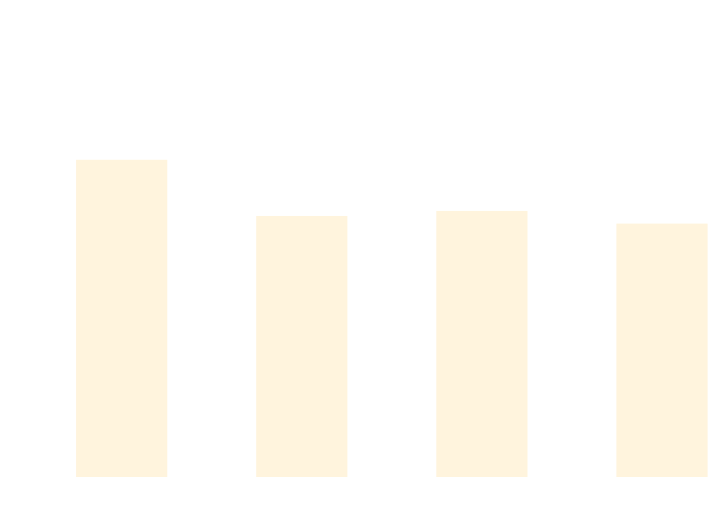
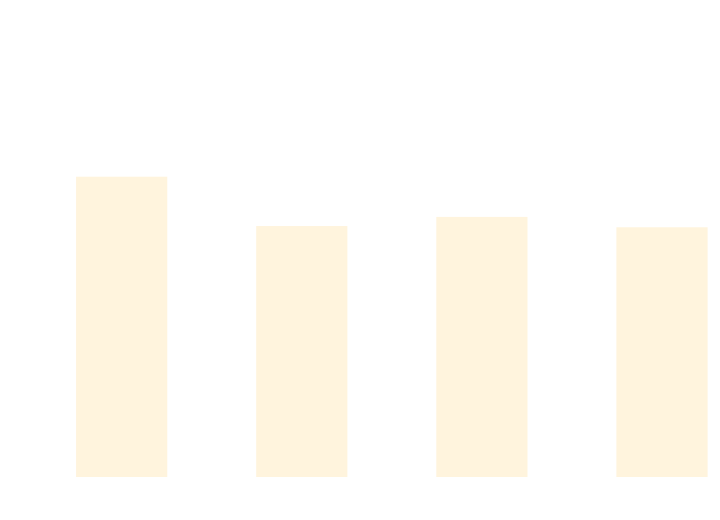
One commit to thomhurst/TUnit changed the diagram in docs/docs/benchmarks/BuildTime.md. Above: the diagram before and after it, drawn with Mermaid. The commit also changed other lines of this file and 17 other files, not shown here.

````diff
--- a/docs/docs/benchmarks/BuildTime.md
+++ b/docs/docs/benchmarks/BuildTime.md
@@ -28,37 +28,37 @@
 ```mermaid
 %%{init: {
   'theme':'base',
   'themeVariables': {
     'primaryColor': '#2563eb',
     'primaryTextColor': '#ffffff',
     'primaryBorderColor': '#1e40af',
     'lineColor': '#6b7280',
     'secondaryColor': '#7c3aed',
     'tertiaryColor': '#dc2626',
     'background': '#ffffff',
     'mainBkg': '#2563eb',
     'secondBkg': '#7c3aed',
     'tertiaryBkg': '#dc2626',
     'clusterBkg': '#f3f4f6',
     'edgeLabelBackground': '#ffffff',
     'tertiaryTextColor': '#1f2937',
     'pie1': '#2563eb',
     'pie2': '#7c3aed',
     'pie3': '#dc2626',
     'pie4': '#f59e0b',
     'pie5': '#10b981',
     'pie6': '#06b6d4',
     'pie7': '#ec4899',
     'pie8': '#6366f1',
     'pie9': '#84cc16',
     'pie10': '#f97316',
     'pie11': '#14b8a6',
     'pie12': '#a855f7'
   }
 }}%%
 xychart-beta
   title "Build Time Comparison"
   x-axis ["Build_TUnit", "Build_NUnit", "Build_MSTest", "Build_xUnit3"]
   y-axis "Time (s)" 0 --> 3
-  bar [2.268, 1.856, 1.893, 1.8]
+  bar [2.144, 1.782, 1.849, 1.773]
 ```
````
